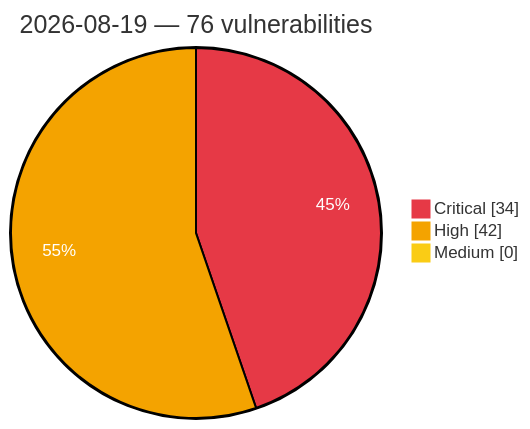
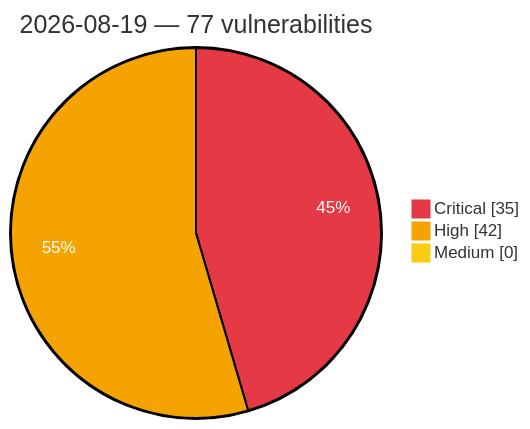
Before and after one commit to GhostX0X/vuln-tracker: the diagram in vulnerabilities/2026/August/2026-08-19.md, drawn with Mermaid. The commit also changed other lines of this file and 5 other files, not shown here.

````diff
--- a/vulnerabilities/2026/August/2026-08-19.md
+++ b/vulnerabilities/2026/August/2026-08-19.md
@@ -3,8 +3,8 @@
 ```mermaid
 %%{init: {'theme':'base', 'themeVariables': {'pie1':'#e63946', 'pie2':'#f4a300', 'pie3':'#facc15', 'pieOpacity':'1', 'pieOuterStrokeWidth':'2px', 'pieSectionTextColor':'#ffffff'}}}%%
 pie showData
-    title 2026-08-19 — 76 vulnerabilities
-    "Critical" : 34
+    title 2026-08-19 — 77 vulnerabilities
+    "Critical" : 35
     "High" : 42
     "Medium" : 0
 ```
````
